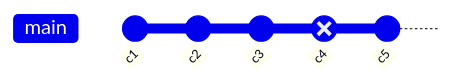
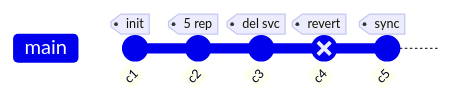
Diagram 14 of 17 in Fase5/WS_7/RUNBOOK.md (jgaragorry/sre-linux-mastery), drawn with Mermaid before and after one commit.

Commit message:
actualizacion runbook

````diff
--- a/Fase5/WS_7/RUNBOOK.md
+++ b/Fase5/WS_7/RUNBOOK.md
@@ -888,8 +888,8 @@
 ```mermaid
 gitGraph
-    commit id: "c1" msg: "manifiestos iniciales"
-    commit id: "c2" msg: "escalar a 5 replicas"
-    commit id: "c3" msg: "eliminar service"
-    commit id: "c4" type: REVERSE msg: "revert service"
-    commit id: "c5" msg: "Argo CD sincroniza"
+    commit id: "c1" tag: "init"
+    commit id: "c2" tag: "5 rep"
+    commit id: "c3" tag: "del svc"
+    commit id: "c4" type: REVERSE tag: "revert"
+    commit id: "c5" tag: "sync"
 ```
````
